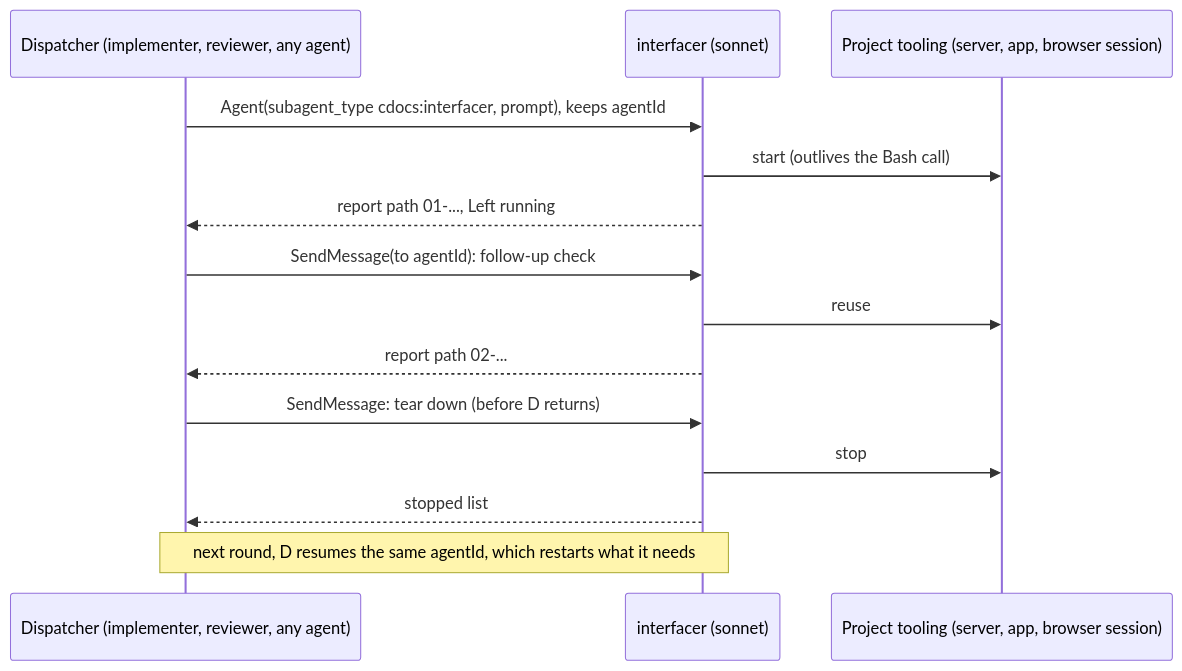
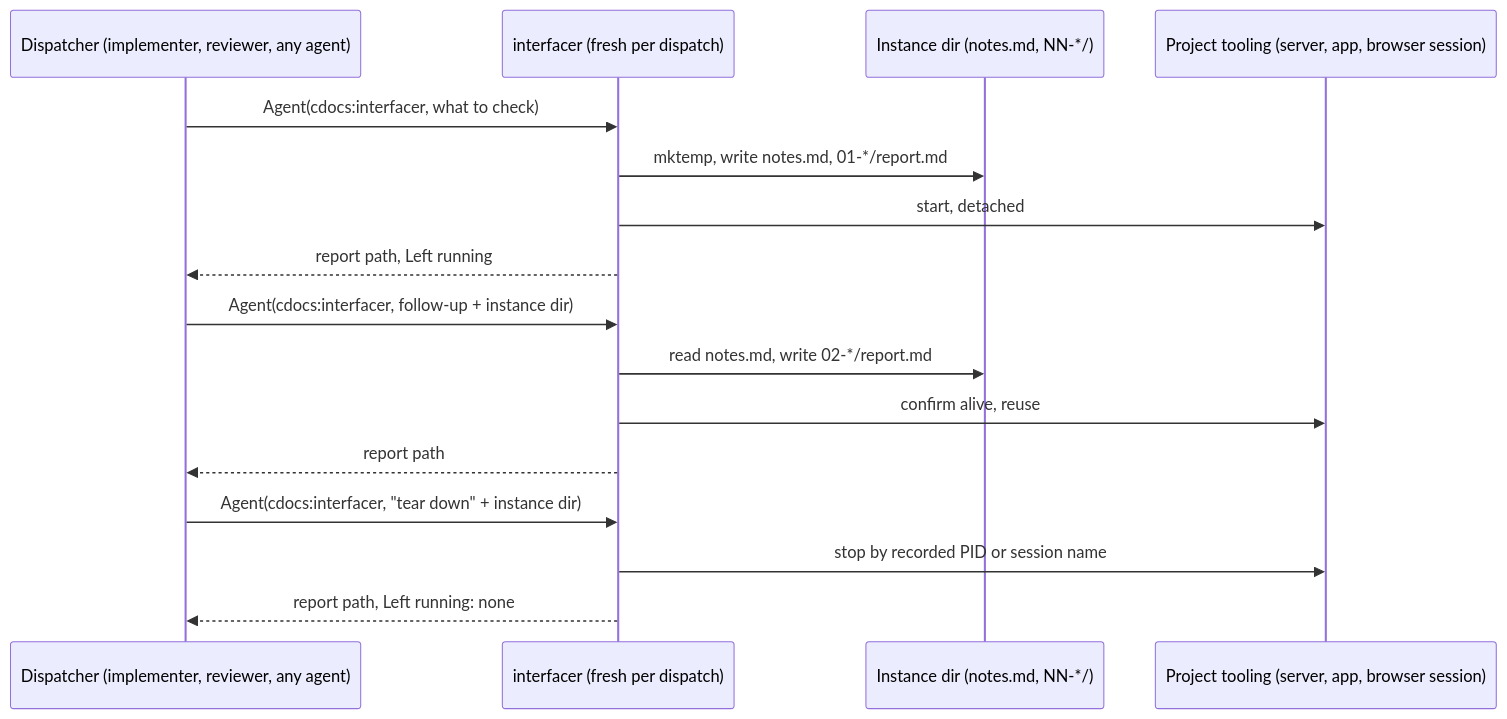
The diagram in cdocs/proposals/2026-10-08-interfacer-agent.md (weftwiseink/clauthier), drawn with Mermaid before and after one commit. The commit also changed other lines of this file, not shown here.

First line of the commit message:
docs(cdocs): interfacer proposal makes the instance directory the unit of durability

````diff
--- a/cdocs/proposals/2026-10-08-interfacer-agent.md
+++ b/cdocs/proposals/2026-10-08-interfacer-agent.md
@@ -164,16 +162,18 @@
 ```mermaid
 sequenceDiagram
   participant D as Dispatcher (implementer, reviewer, any agent)
-  participant I as interfacer (sonnet)
+  participant I as interfacer (fresh per dispatch)
+  participant F as Instance dir (notes.md, NN-*/)
   participant T as Project tooling (server, app, browser session)
-  D->>I: Agent(subagent_type cdocs:interfacer, prompt), keeps agentId
-  I->>T: start (outlives the Bash call)
-  I-->>D: report path 01-..., Left running
-  D->>I: SendMessage(to agentId): follow-up check
-  I->>T: reuse
-  I-->>D: report path 02-...
-  D->>I: SendMessage: tear down (before D returns)
-  I->>T: stop
-  I-->>D: stopped list
-  Note over D,I: next round, D resumes the same agentId, which restarts what it needs
+  D->>I: Agent(cdocs:interfacer, what to check)
+  I->>F: mktemp, write notes.md, 01-*/report.md
+  I->>T: start, detached
+  I-->>D: report path, Left running
+  D->>I: Agent(cdocs:interfacer, follow-up + instance dir)
+  I->>F: read notes.md, write 02-*/report.md
+  I->>T: confirm alive, reuse
+  I-->>D: report path
+  D->>I: Agent(cdocs:interfacer, "tear down" + instance dir)
+  I->>T: stop by recorded PID or session name
+  I-->>D: report path, Left running: none
 ```
````
